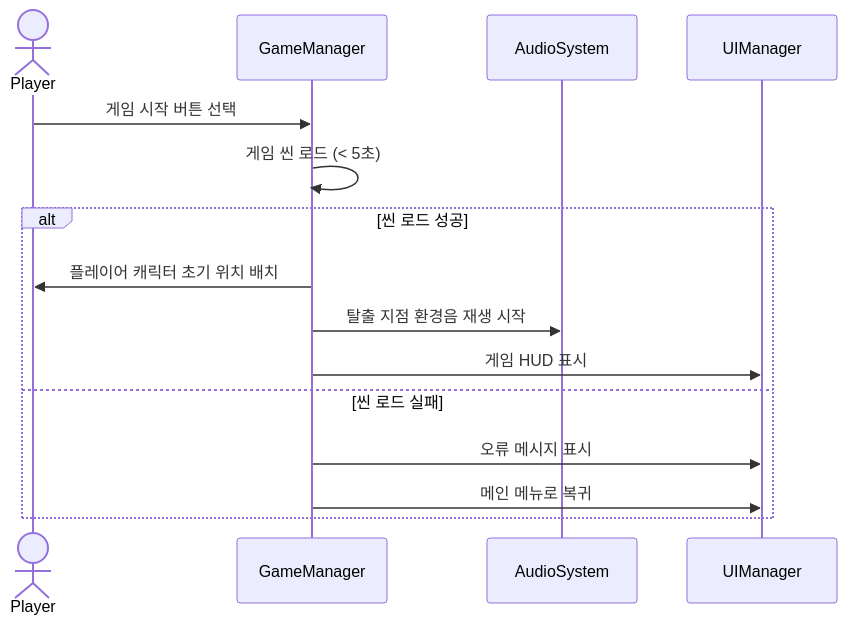
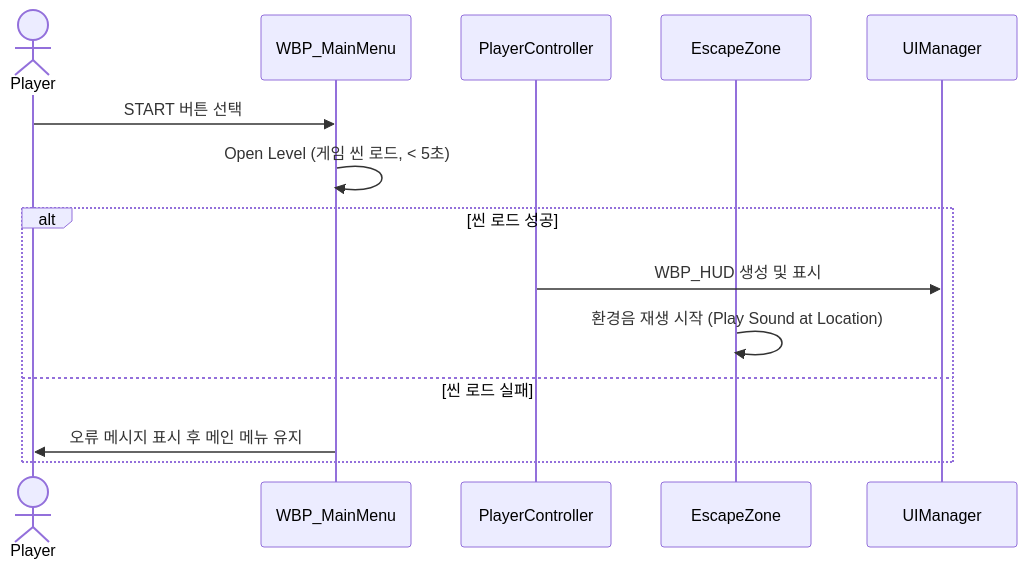
One commit to t153221/project1 changed the second of 10 diagrams in Design.md. Above: the diagram before and after it, drawn with Mermaid. The commit also changed other lines of this file, not shown here.

Commit message:
Remove unimplemented classes (AudioSystem, GameManager) from Design.md

````diff
--- a/Design.md
+++ b/Design.md
@@ -202,18 +149,17 @@
 ```mermaid
 sequenceDiagram
     actor Player
-    participant GameManager
-    participant AudioSystem
+    participant WBP_MainMenu
+    participant PlayerController
+    participant EscapeZone
     participant UIManager
 
-    Player->>GameManager: 게임 시작 버튼 선택
-    GameManager->>GameManager: 게임 씬 로드 (< 5초)
+    Player->>WBP_MainMenu: START 버튼 선택
+    WBP_MainMenu->>WBP_MainMenu: Open Level (게임 씬 로드, < 5초)
     alt 씬 로드 성공
-        GameManager->>Player: 플레이어 캐릭터 초기 위치 배치
-        GameManager->>AudioSystem: 탈출 지점 환경음 재생 시작
-        GameManager->>UIManager: 게임 HUD 표시
+        PlayerController->>UIManager: WBP_HUD 생성 및 표시
+        EscapeZone->>EscapeZone: 환경음 재생 시작 (Play Sound at Location)
     else 씬 로드 실패
-        GameManager->>UIManager: 오류 메시지 표시
-        GameManager->>UIManager: 메인 메뉴로 복귀
+        WBP_MainMenu->>Player: 오류 메시지 표시 후 메인 메뉴 유지
     end
 ```
````
